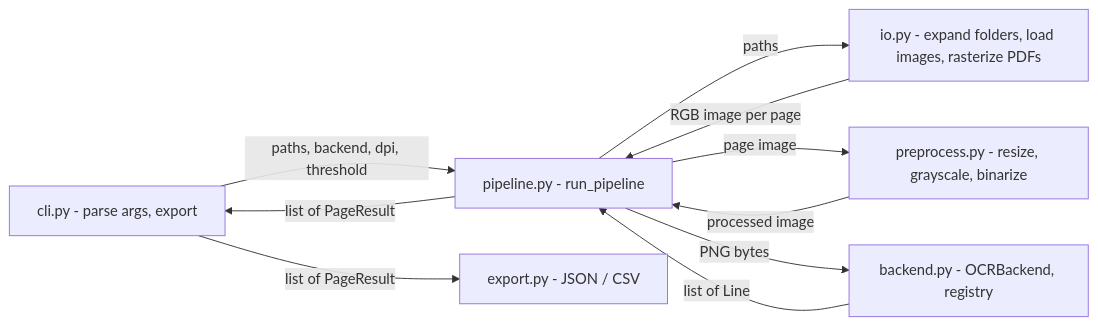
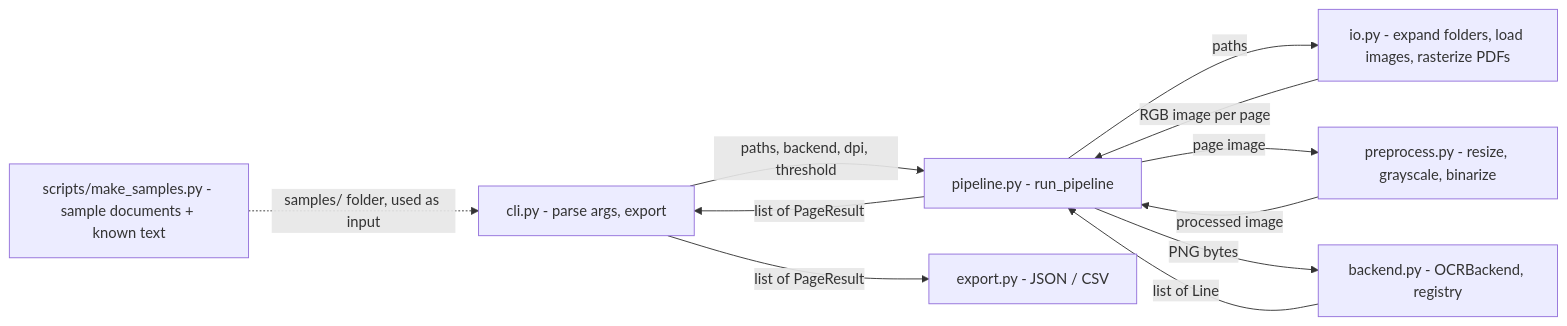
The second of 2 diagrams in docs/02-architecture.md (flegaspi700/ocr-pipeline), drawn with Mermaid before and after one commit. The commit also changed other lines of this file and 18 other files, not shown here.

First line of the commit message:
feat: generate sample documents with known text (F2.1, S2.1.1)

````diff
--- a/docs/02-architecture.md
+++ b/docs/02-architecture.md
@@ -57,19 +57,21 @@
 ```mermaid
 flowchart LR
     cli["cli.py - parse args, export"]
     pipe["pipeline.py - run_pipeline"]
     io["io.py - expand folders, load images, rasterize PDFs"]
     pre["preprocess.py - resize, grayscale, binarize"]
     be["backend.py - OCRBackend, registry"]
     ex["export.py - JSON / CSV"]
+    gen["scripts/make_samples.py - sample documents + known text"]
 
     cli -- "paths, backend, dpi, threshold" --> pipe
     pipe -- "paths" --> io
     io -- "RGB image per page" --> pipe
     pipe -- "page image" --> pre
     pre -- "processed image" --> pipe
     pipe -- "PNG bytes" --> be
     be -- "list of Line" --> pipe
     pipe -- "list of PageResult" --> cli
     cli -- "list of PageResult" --> ex
+    gen -. "samples/ folder, used as input" .-> cli
 ```
````
